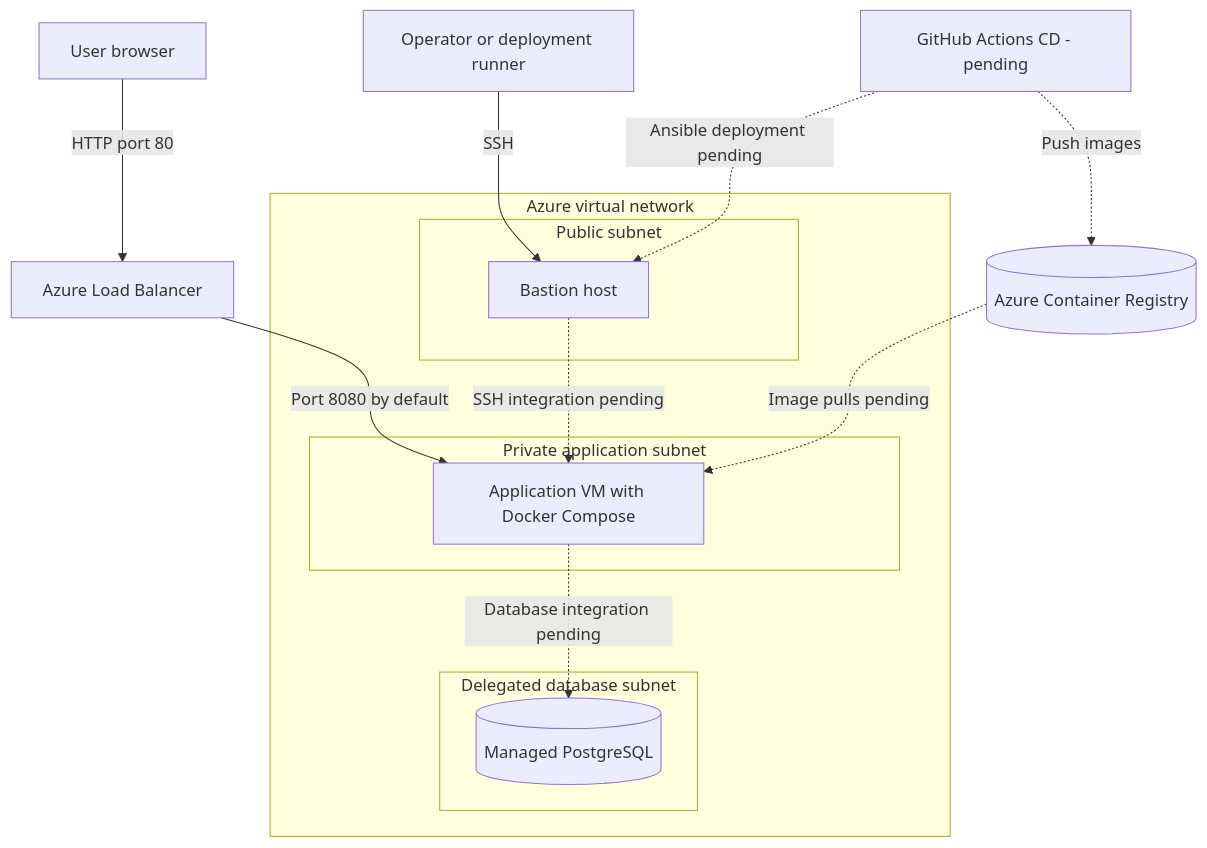
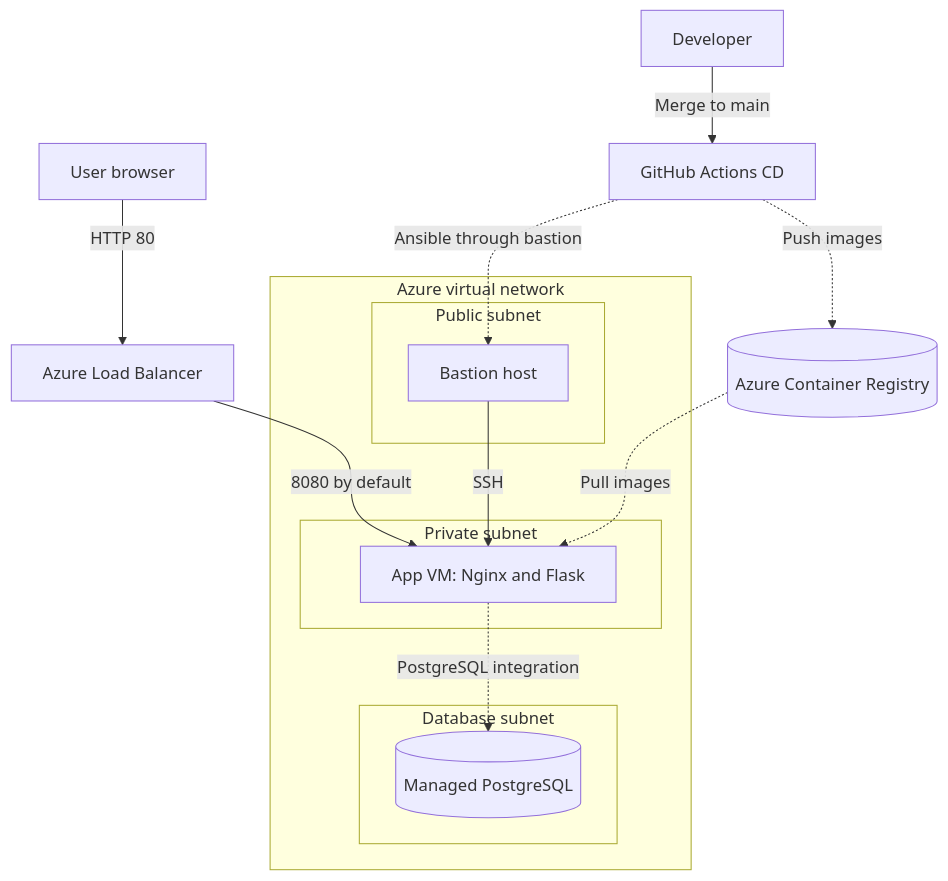
One commit to Jongkuch1/AgroCompare changed the diagram in README.md. Above: the diagram before and after it, drawn with Mermaid. The commit also changed other lines of this file and 3 other files, not shown here.

````diff
--- a/README.md
+++ b/README.md
@@ -349,24 +278,24 @@
 ```mermaid
 flowchart TD
-    browser["User browser"] -->|HTTP port 80| lb["Azure Load Balancer"]
+    user["User browser"] -->|HTTP 80| lb["Azure Load Balancer"]
 
     subgraph vnet["Azure virtual network"]
         subgraph public["Public subnet"]
             bastion["Bastion host"]
         end
-        subgraph private["Private application subnet"]
-            vm["Application VM with Docker Compose"]
+        subgraph private["Private subnet"]
+            vm["App VM: Nginx and Flask"]
         end
-        subgraph database["Delegated database subnet"]
+        subgraph database["Database subnet"]
             db[("Managed PostgreSQL")]
         end
     end
 
-    lb -->|Port 8080 by default| vm
-    operator["Operator or deployment runner"] -->|SSH| bastion
-    bastion -.->|SSH integration pending| vm
-    vm -.->|Database integration pending| db
-    actions["GitHub Actions CD - pending"] -.->|Push images| acr[("Azure Container Registry")]
-    acr -.->|Image pulls pending| vm
-    actions -.->|Ansible deployment pending| bastion
+    lb -->|8080 by default| vm
+    bastion -->|SSH| vm
+    vm -.->|PostgreSQL integration| db
+    dev["Developer"] -->|Merge to main| gha["GitHub Actions CD"]
+    gha -.->|Push images| acr[("Azure Container Registry")]
+    acr -.->|Pull images| vm
+    gha -.->|Ansible through bastion| bastion
 ```
````
